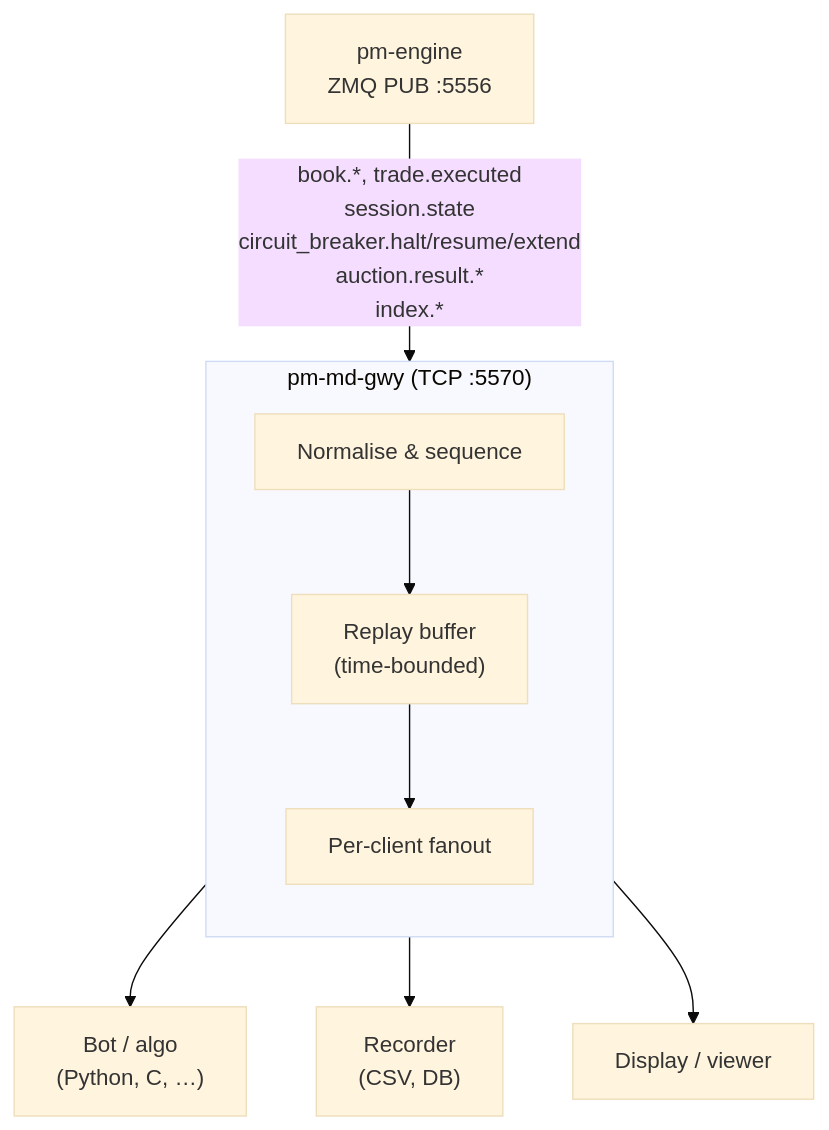
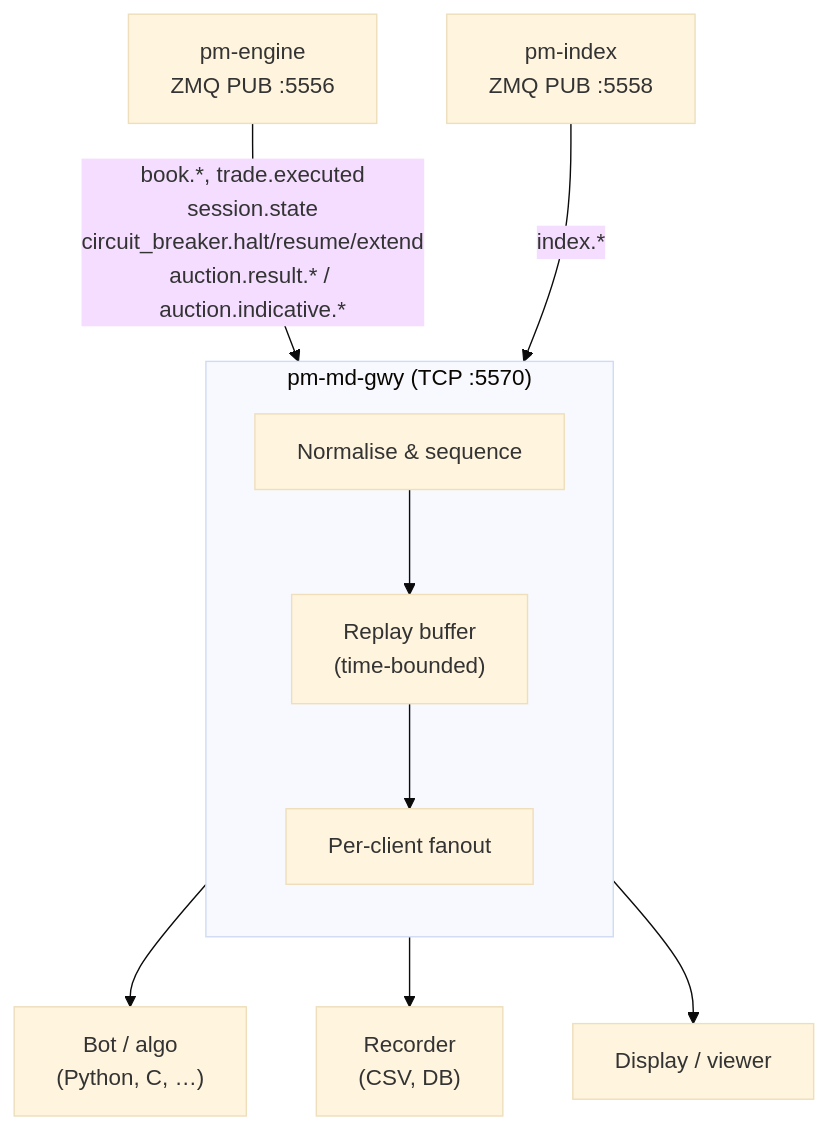
Before and after one commit to johan162/EduMatcher: the first of 3 diagrams in docs/books/operator-guide/part-5-gateways/030-calf-gateway.md, drawn with Mermaid (base theme). The commit also changed other lines of this file and 46 other files, not shown here.

Commit message:
fix(md-gwy): epoch-checked RESUME, engine resync, bus-gap metric, indexed fan-out, ndex subscriptions by stream: 1.3 ms -> 17 us per event at 64x600

````diff
--- a/docs/books/operator-guide/part-5-gateways/030-calf-gateway.md
+++ b/docs/books/operator-guide/part-5-gateways/030-calf-gateway.md
@@ -33,16 +34,17 @@
 ```mermaid
 flowchart TB
-    E[pm-engine\nZMQ PUB :5556] -->|"book.*, trade.executed\nsession.state\ncircuit_breaker.halt/resume/extend\nauction.result.*\nindex.*"| G
+    E[pm-engine\nZMQ PUB :5556] -->|"book.*, trade.executed\nsession.state\ncircuit_breaker.halt/resume/extend\nauction.result.* / auction.indicative.*"| G
+    X[pm-index\nZMQ PUB :5558] -->|"index.*"| G
 
     subgraph G["pm-md-gwy  (TCP :5570)"]
         direction TB
         N["Normalise & sequence"]
         R["Replay buffer\n(time-bounded)"]
         F["Per-client fanout"]
         N --> R --> F
     end
 
     G --> C1["Bot / algo\n(Python, C, …)"]
     G --> C2["Recorder\n(CSV, DB)"]
     G --> C3["Display / viewer"]
 ```
````
